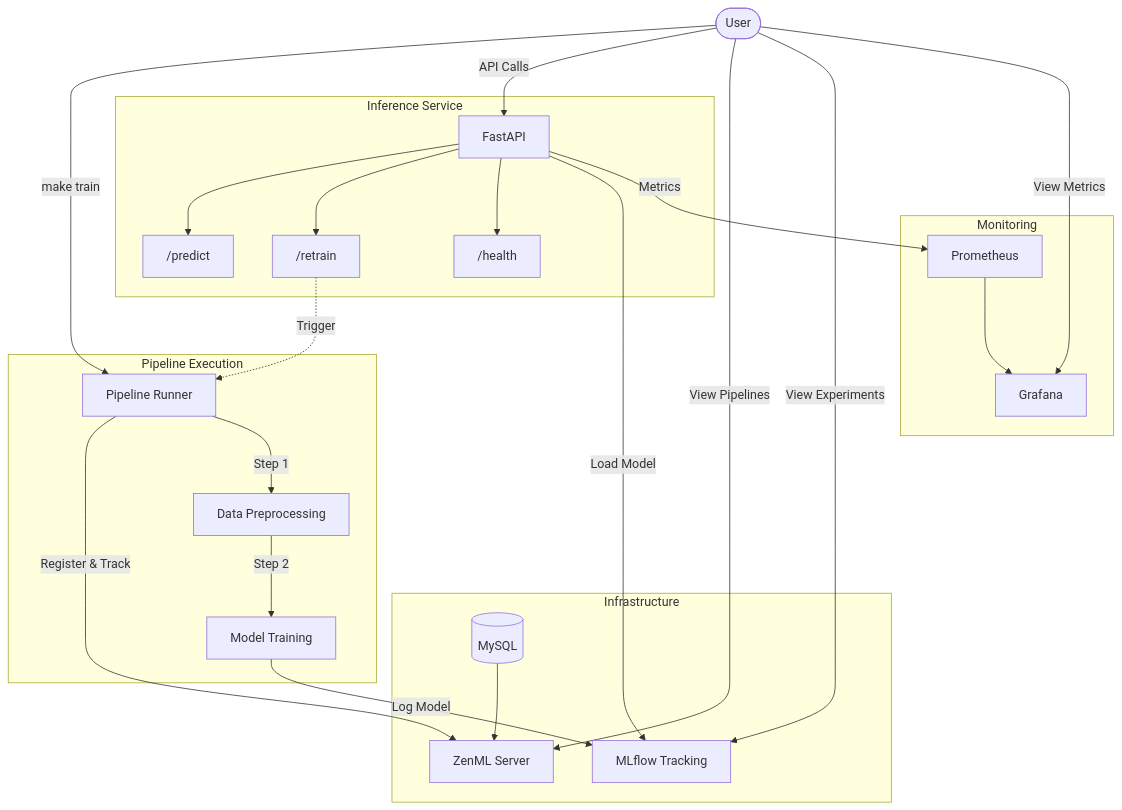
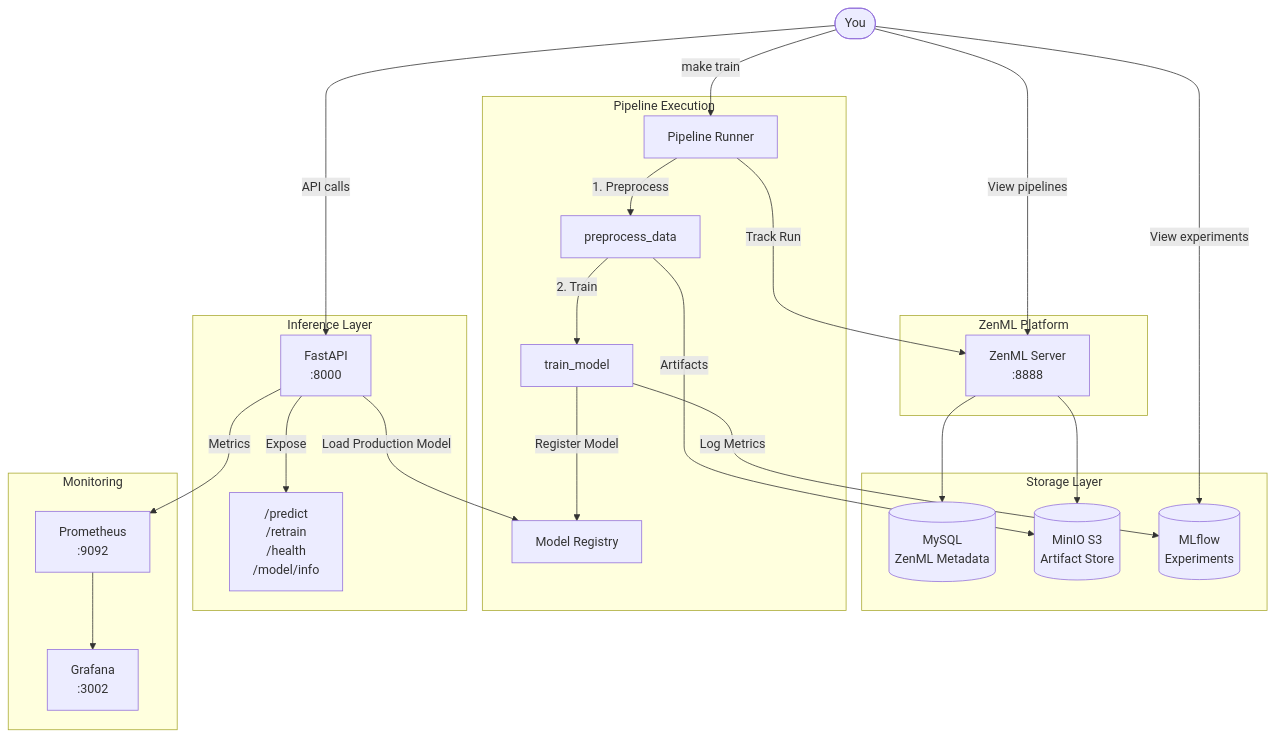
One commit to ssime-git/zenml_mlops_template changed the diagram in README.md. Above: the diagram before and after it, drawn with Mermaid. The commit also changed other lines of this file, not shown here.

First line of the commit message:
Add comprehensive README documentation with detailed explanations and architecture

````diff
--- a/README.md
+++ b/README.md
@@ -61,34 +82,42 @@
 ```mermaid
 graph TD
-    subgraph "Infrastructure"
-        MySQL[(MySQL)] --> ZenML[ZenML Server]
-        MLflow[MLflow Tracking]
+    subgraph "Storage Layer"
+        MySQL[(MySQL<br/>ZenML Metadata)]
+        MinIO[(MinIO S3<br/>Artifact Store)]
+        MLflowDB[(MLflow<br/>Experiments)]
+    end
+    
+    subgraph "ZenML Platform"
+        ZenML[ZenML Server<br/>:8888]
+        ZenML --> MySQL
+        ZenML --> MinIO
     end
     
     subgraph "Pipeline Execution"
-        Runner[Pipeline Runner] -->|Register & Track| ZenML
-        Runner -->|Step 1| Preprocess[Data Preprocessing]
-        Preprocess -->|Step 2| Train[Model Training]
-        Train -->|Log Model| MLflow
+        Runner[Pipeline Runner]
+        Runner -->|1. Preprocess| Preprocess[preprocess_data]
+        Preprocess -->|Artifacts| MinIO
+        Preprocess -->|2. Train| Train[train_model]
+        Train -->|Log Metrics| MLflowDB
+        Train -->|Register Model| Registry[Model Registry]
+        Runner -->|Track Run| ZenML
     end
     
-    subgraph "Inference Service"
-        API[FastAPI] --> Predict["/predict"]
-        API --> Retrain["/retrain"]
-        API --> Health["/health"]
-        API -->|Load Model| MLflow
+    subgraph "Inference Layer"
+        API[FastAPI<br/>:8000]
+        API -->|Load Production Model| Registry
+        API -->|Expose| Endpoints["/predict<br/>/retrain<br/>/health<br/>/model/info"]
     end
     
     subgraph "Monitoring"
+        Prometheus[Prometheus<br/>:9092]
+        Grafana[Grafana<br/>:3002]
+        API -->|Metrics| Prometheus
         Prometheus --> Grafana
     end
     
-    Retrain -.->|Trigger| Runner
-    API -->|Metrics| Prometheus
-    
-    User([User]) -->|make train| Runner
-    User -->|API Calls| API
-    User -->|View Pipelines| ZenML
-    User -->|View Experiments| MLflow
-    User -->|View Metrics| Grafana
+    User([You]) -->|make train| Runner
+    User -->|API calls| API
+    User -->|View pipelines| ZenML
+    User -->|View experiments| MLflowDB
 ```
````
